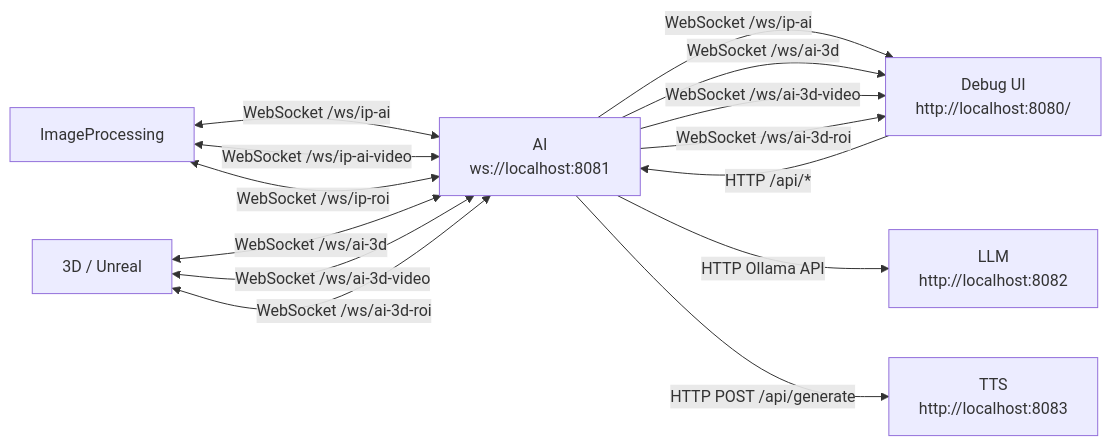
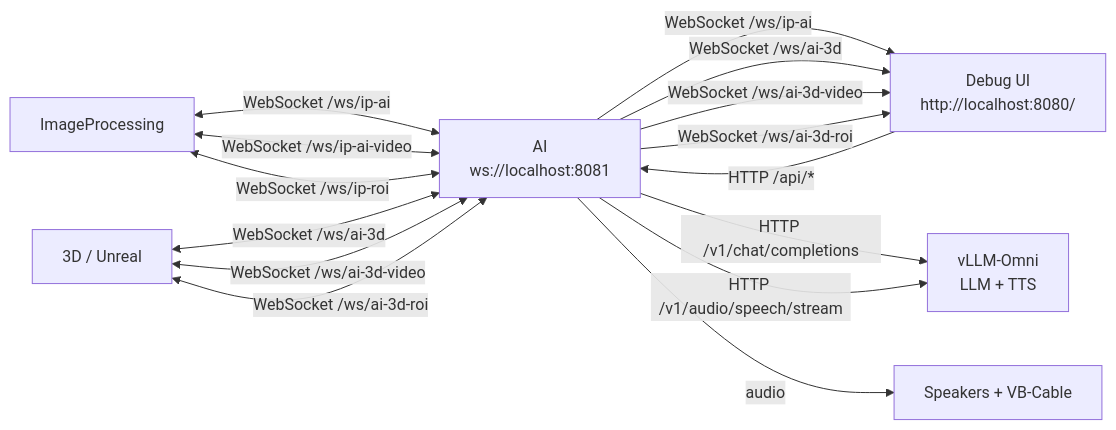
The diagram in README.md (hs-duesseldorf/TheWitch), drawn with Mermaid before and after one commit. The commit also changed other lines of this file and 24 other files, not shown here.

Commit message:
use vLLM for qwen TTS and qwen LLM and stream output

````diff
--- a/README.md
+++ b/README.md
@@ -7,26 +7,28 @@
 ```mermaid
 flowchart LR
     ip[ImageProcessing]
     ai[AI<br/>ws://localhost:8081]
     debug[Debug UI<br/>http://localhost:8080/]
-    llm[LLM<br/>http://localhost:8082]
-    tts[TTS<br/>http://localhost:8083]
+    vllm[vLLM-Omni<br/>LLM + TTS]
     unreal[3D / Unreal]
 
     ip <-- "WebSocket /ws/ip-ai" --> ai
     ip <-- "WebSocket /ws/ip-ai-video" --> ai
     ip <-- "WebSocket /ws/ip-roi" --> ai
 
     debug -- "HTTP /api/*" --> ai
     ai -- "WebSocket /ws/ip-ai" --> debug
     ai -- "WebSocket /ws/ai-3d" --> debug
     ai -- "WebSocket /ws/ai-3d-video" --> debug
     ai -- "WebSocket /ws/ai-3d-roi" --> debug
 
     unreal <-- "WebSocket /ws/ai-3d" --> ai
     unreal <-- "WebSocket /ws/ai-3d-video" --> ai
     unreal <-- "WebSocket /ws/ai-3d-roi" --> ai
 
-    ai -- "HTTP Ollama API" --> llm
-    ai -- "HTTP POST /api/generate" --> tts
+    ai -- "HTTP /v1/chat/completions" --> vllm
+    ai -- "HTTP /v1/audio/speech/stream" --> vllm
+    ai -- "audio" --> speakers
+
+    speakers[Speakers + VB-Cable]
 ```
````
